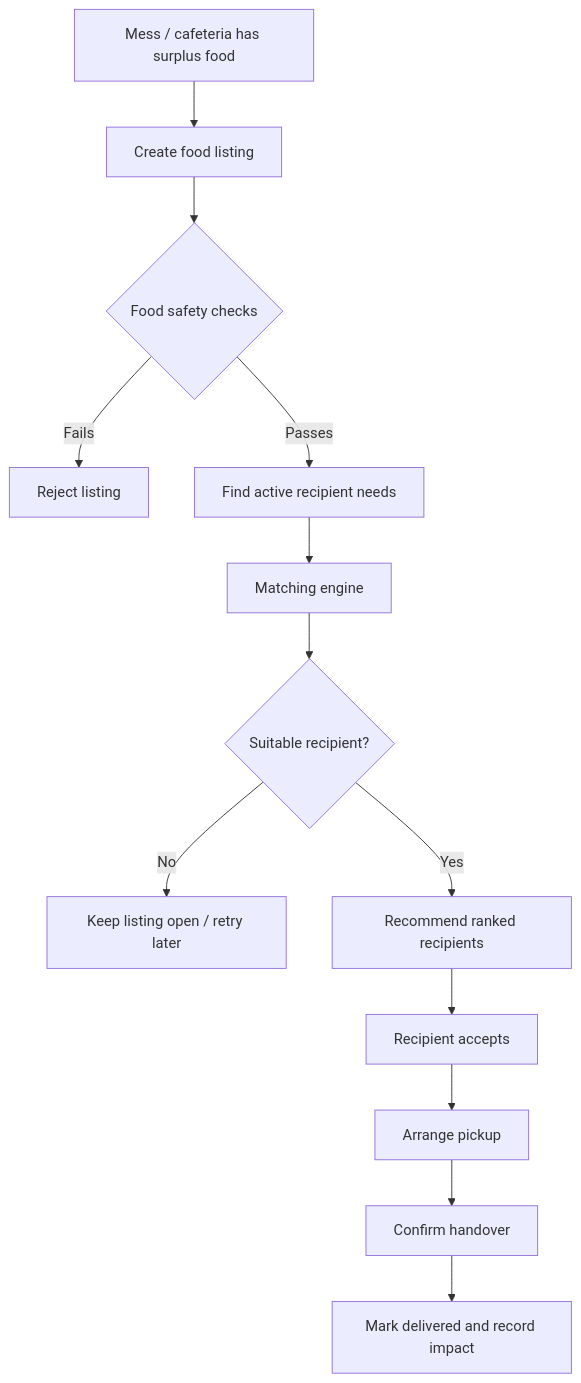
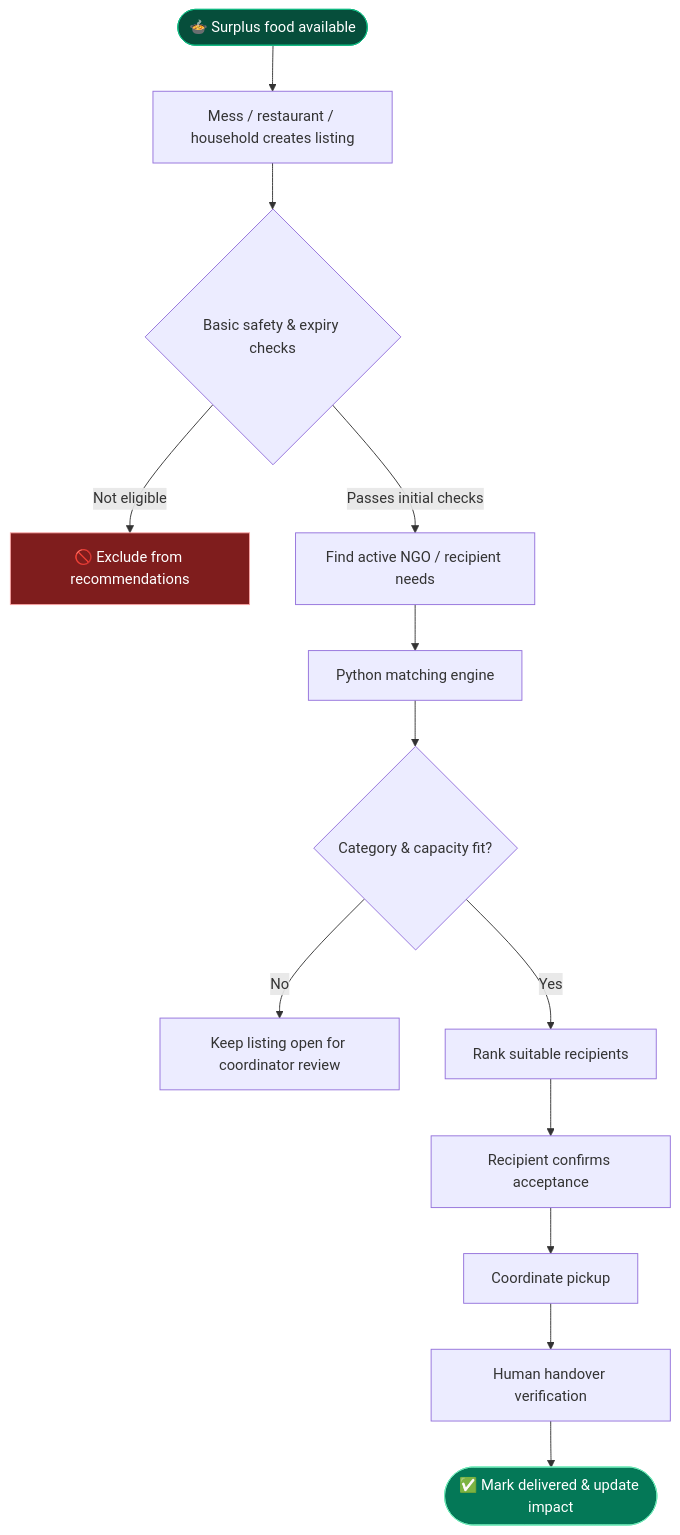
One commit to saniya-dogra/mess2meal changed the first of 2 diagrams in README.md. Above: the diagram before and after it, drawn with Mermaid. The commit also changed other lines of this file, not shown here.

Commit message:
Redesign README with animated banner, badges and detailed diagrams

````diff
--- a/README.md
+++ b/README.md
@@ -39,15 +42,18 @@
 ```mermaid
 flowchart TD
-    A[Mess / cafeteria has surplus food] --> B[Create food listing]
-    B --> C{Food safety checks}
-    C -->|Fails| X[Reject listing]
-    C -->|Passes| D[Find active recipient needs]
-    D --> E[Matching engine]
-    E --> F{Suitable recipient?}
-    F -->|No| G[Keep listing open / retry later]
-    F -->|Yes| H[Recommend ranked recipients]
-    H --> I[Recipient accepts]
-    I --> J[Arrange pickup]
-    J --> K[Confirm handover]
-    K --> L[Mark delivered and record impact]
+    A(["🍲 Surplus food available"]) --> B["Mess / restaurant / household creates listing"]
+    B --> C{"Basic safety & expiry checks"}
+    C -->|"Not eligible"| X["🚫 Exclude from recommendations"]
+    C -->|"Passes initial checks"| D["Find active NGO / recipient needs"]
+    D --> E["Python matching engine"]
+    E --> F{"Category & capacity fit?"}
+    F -->|"No"| G["Keep listing open for coordinator review"]
+    F -->|"Yes"| H["Rank suitable recipients"]
+    H --> I["Recipient confirms acceptance"]
+    I --> J["Coordinate pickup"]
+    J --> K["Human handover verification"]
+    K --> L(["✅ Mark delivered & update impact"])
+    style A fill:#064e3b,color:#fff,stroke:#10b981
+    style L fill:#047857,color:#fff,stroke:#6ee7b7
+    style X fill:#7f1d1d,color:#fff,stroke:#fca5a5
 ```
````
